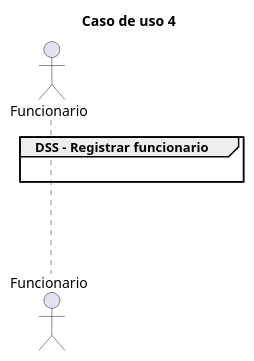
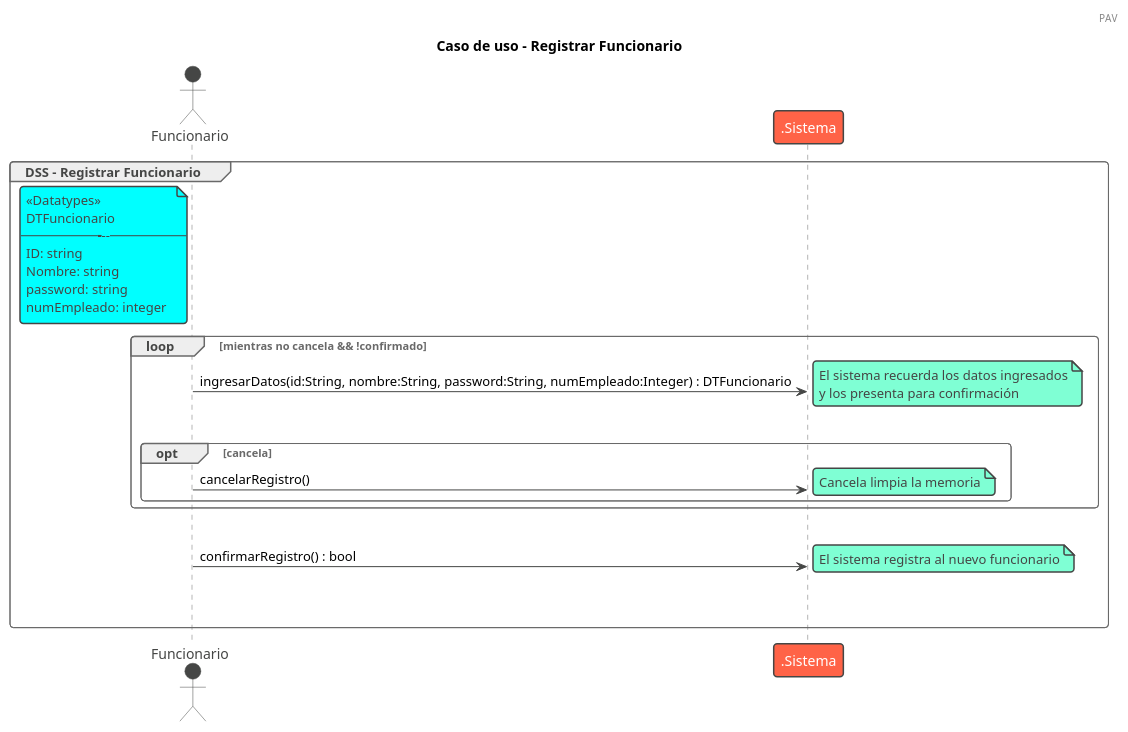
One commit to sigmaxevious/PlantUML-Laboratorio3 changed the diagram in Archivos/4-registrarFuncionario.plantuml. Above: the diagram before and after it, drawn with PlantUML. The commit also changed 2 other files, not shown here.

Commit message:
added 4,6,8 uml d, v prelim

```diff
--- a/Archivos/4-registrarFuncionario.plantuml
+++ b/Archivos/4-registrarFuncionario.plantuml
@@ -1,21 +1,51 @@
-@startuml
+@startuml registrarFuncionario
+
 /' El caso de uso comienza cuando un funcionario, que previamente ha iniciado
 sesión, desea registrar un nuevo funcionario. El sistema solicita el identificador, el
 nombre, la contraseña y el número de empleado del nuevo funcionario. Luego de
 ingresar esta información, el sistema la presenta para confirmación. Si el
 funcionario confirma, el sistema registra al nuevo funcionario '/
 
 
-title Caso de uso 4
+!theme vibrant
+header PAV
 
-group DSS - Registrar funcionario
+title Caso de uso - Registrar Funcionario
+
+group DSS - Registrar Funcionario
 Actor Funcionario
+
+note left of Funcionario #aqua
+<<Datatypes>>
+DTFuncionario
+-----------
+ID: string
+Nombre: string
+password: string
+numEmpleado: integer
+end note
+
+loop mientras no cancela && !confirmado
+
+    Funcionario -> .Sistema : ingresarDatos(id:String, nombre:String, password:String, numEmpleado:Integer) : DTFuncionario
+    note right: El sistema recuerda los datos ingresados\ny los presenta para confirmación
+
+    |||
+
+    opt cancela
+        Funcionario -> .Sistema : cancelarRegistro()
+        note right: Cancela limpia la memoria
+    end
+
+end
+
 |||
 
+Funcionario -> .Sistema : confirmarRegistro() : bool
+note right: El sistema registra al nuevo funcionario
 
-end
-|||
 |||
 |||
 
+end
 @enduml
```
